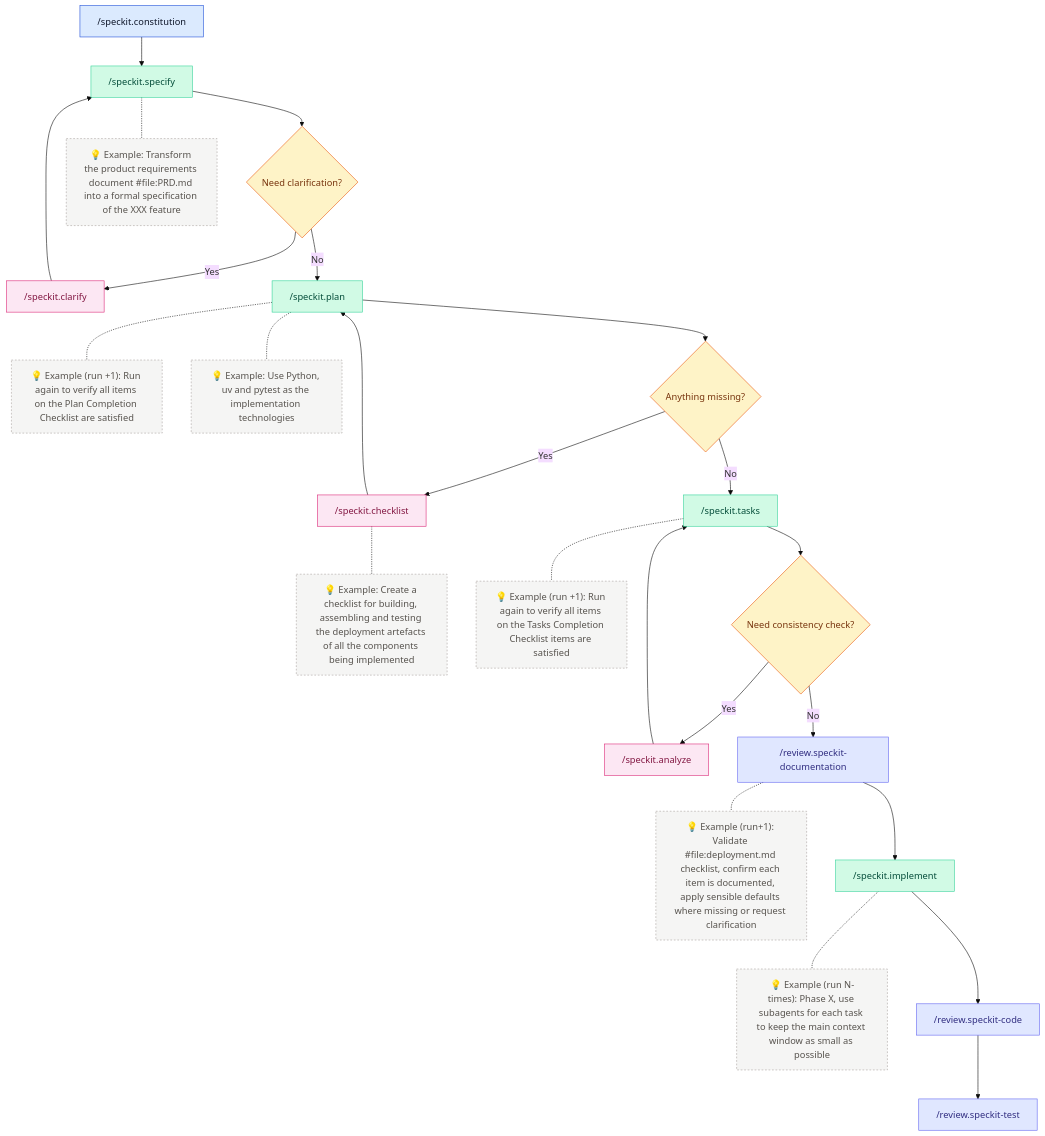
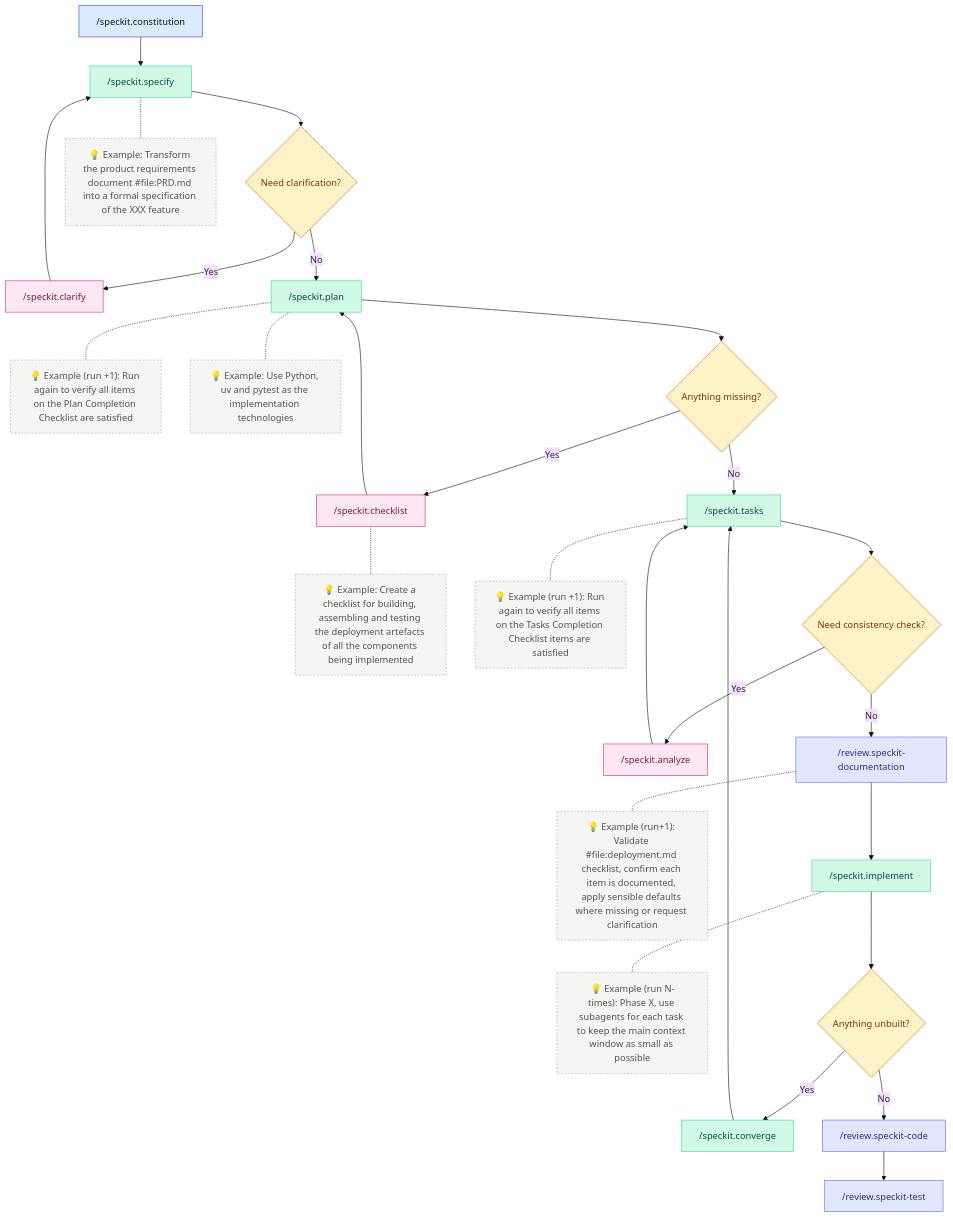
Before and after one commit to stefaniuk/loadout: the second of 2 diagrams in docs/architecture.md, drawn with Mermaid (base theme). The commit also changed other lines of this file and 141 other files, not shown here.

````diff
--- a/docs/architecture.md
+++ b/docs/architecture.md
@@ -89,43 +91,46 @@
 ```mermaid
 flowchart TD
   constitution["/speckit.constitution"] --> specify["/speckit.specify"]
 
   specify --> needClarification{Need clarification?}
   specify -.- specifyNote["💡 Example: Transform the product requirements document #file:PRD.md into a formal specification of the XXX feature"]
   needClarification -- Yes --> clarify["/speckit.clarify"]
   clarify --> specify
   needClarification -- No --> plan["/speckit.plan"]
   plan -.- planNote["💡 Example (run +1): Run again to verify all items on the Plan Completion Checklist are satisfied"]
   plan -.- planNote2["💡 Example: Use Python, uv and pytest as the implementation technologies"]
 
   plan --> domainCoverage{Anything missing?}
   domainCoverage -- Yes --> checklist["/speckit.checklist"]
   checklist --> plan
   checklist -.- checklistNote["💡 Example: Create a checklist for building, assembling and testing the deployment artefacts of all the components being implemented"]
   domainCoverage -- No --> tasks["/speckit.tasks"]
   tasks -.- tasksNote["💡 Example (run +1): Run again to verify all items on the Tasks Completion Checklist items are satisfied"]
 
   tasks --> consistency{Need consistency check?}
   consistency -- Yes --> analyze["/speckit.analyze"]
   analyze --> tasks
   consistency -- No --> reviewDocs["/review.speckit-documentation"]
   reviewDocs -.- reviewDocsNote["💡 Example (run+1): Validate #file:deployment.md checklist, confirm each item is documented, apply sensible defaults where missing or request clarification"]
   reviewDocs --> implement["/speckit.implement"]
   implement -.- implementNote["💡 Example (run N-times): Phase X, use subagents for each task to keep the main context window as small as possible"]
-  implement --> reviewCode["/review.speckit-code"]
+  implement --> anythingUnbuilt{Anything unbuilt?}
+  anythingUnbuilt -- Yes --> converge["/speckit.converge"]
+  converge --> tasks
+  anythingUnbuilt -- No --> reviewCode["/review.speckit-code"]
   reviewCode --> reviewTest["/review.speckit-test"]
 
   classDef source fill:#dbeafe,stroke:#1d4ed8,color:#0f172a,stroke-width:1px;
   classDef action fill:#d1fae5,stroke:#34d399,color:#064e3b,stroke-width:1px;
   classDef question fill:#fef3c7,stroke:#ea580c,color:#78350f,stroke-width:1px;
   classDef review fill:#fce7f3,stroke:#db2777,color:#831843,stroke-width:1px;
   classDef docReview fill:#e0e7ff,stroke:#6366f1,color:#312e81,stroke-width:1px;
   classDef note fill:#f5f5f4,stroke:#a8a29e,color:#57534e,stroke-width:1px,stroke-dasharray:3;
 
   class constitution source;
-  class specify,plan,tasks,implement action;
-  class needClarification,domainCoverage,consistency question;
+  class specify,plan,tasks,implement,converge action;
+  class needClarification,domainCoverage,consistency,anythingUnbuilt question;
   class clarify,checklist,analyze review;
   class reviewDocs,reviewCode,reviewTest docReview;
   class specifyNote,checklistNote,planNote,planNote2,tasksNote,implementNote,reviewDocsNote note;
 ```
````
